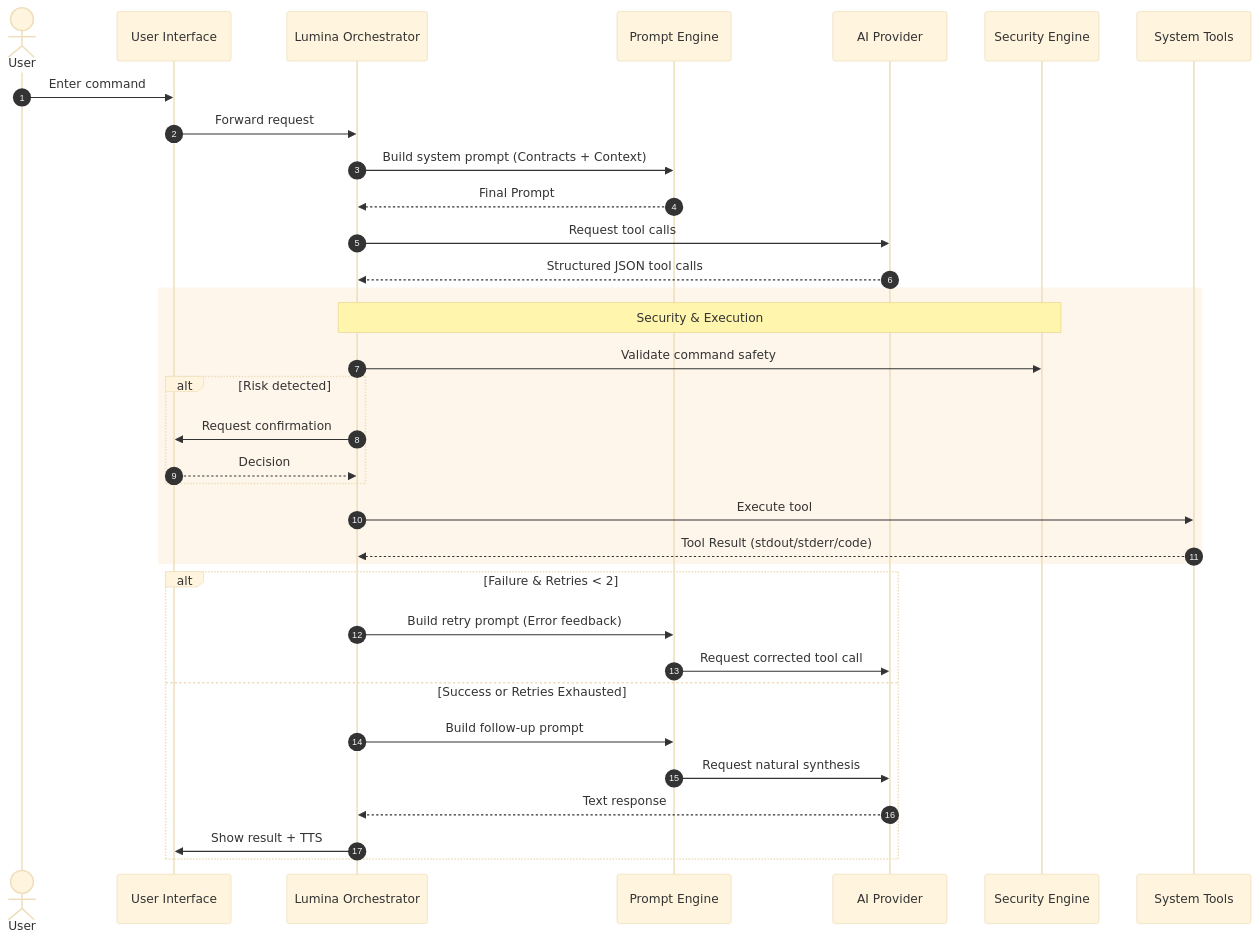
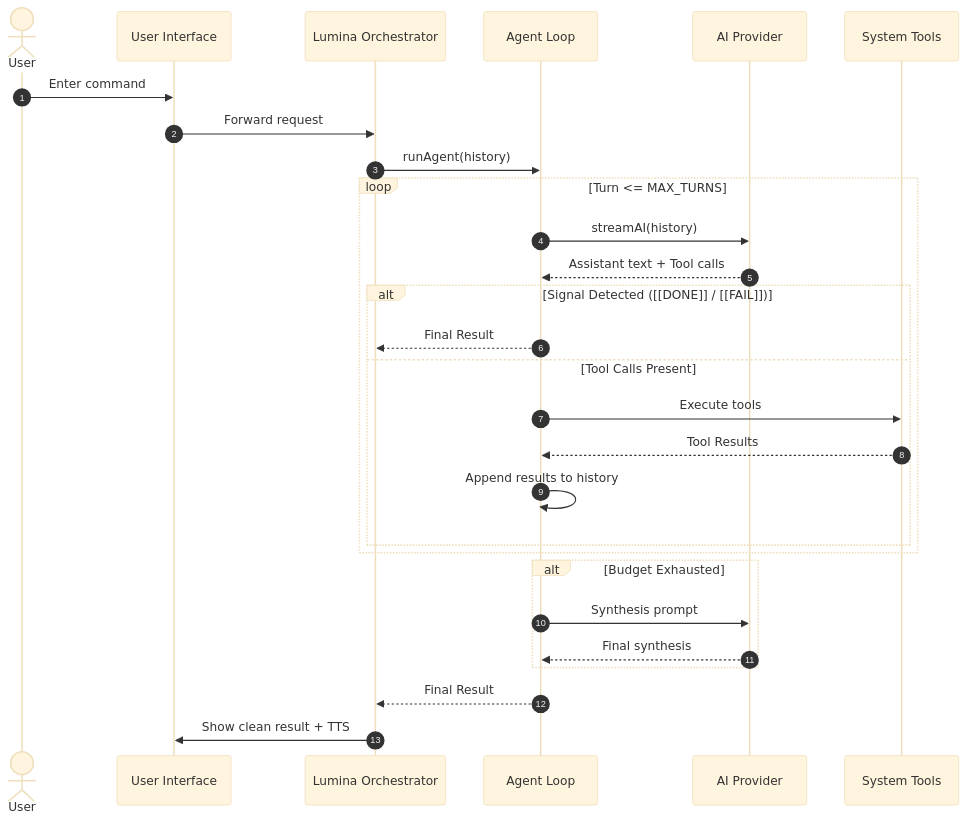
The second of 2 diagrams in docs/05-architecture.md (Rafacuy/desklumina), drawn with Mermaid (base theme) before and after one commit. The commit also changed other lines of this file and 47 other files, not shown here.

First line of the commit message:
feat: add bounded ReAct agent loop and math tool

````diff
--- a/docs/05-architecture.md
+++ b/docs/05-architecture.md
@@ -123,39 +143,35 @@
 ```mermaid
 sequenceDiagram
     autonumber
     actor User
     participant UI as User Interface
     participant Core as Lumina Orchestrator
-    participant Prompt as Prompt Engine
+    participant Agent as Agent Loop
     participant AI as AI Provider
-    participant Sec as Security Engine
     participant OS as System Tools
 
     User->>UI: Enter command
     UI->>Core: Forward request
-    Core->>Prompt: Build system prompt (Contracts + Context)
-    Prompt-->>Core: Final Prompt
-    Core->>AI: Request tool calls
-    AI-->>Core: Structured JSON tool calls
+    Core->>Agent: runAgent(history)
     
-    rect rgba(255, 140, 0, 0.08)
-        Note over Core,Sec: Security & Execution
-        Core->>Sec: Validate command safety
-        alt Risk detected
-            Core->>UI: Request confirmation
-            UI-->>Core: Decision
+    loop Turn <= MAX_TURNS
+        Agent->>AI: streamAI(history)
+        AI-->>Agent: Assistant text + Tool calls
+        
+        alt Signal Detected ([[DONE]] / [[FAIL]])
+            Agent-->>Core: Final Result
+        else Tool Calls Present
+            Agent->>OS: Execute tools
+            OS-->>Agent: Tool Results
+            Agent->>Agent: Append results to history
         end
-        Core->>OS: Execute tool
-        OS-->>Core: Tool Result (stdout/stderr/code)
     end
 
-    alt Failure & Retries < 2
-        Core->>Prompt: Build retry prompt (Error feedback)
-        Prompt->>AI: Request corrected tool call
-    else Success or Retries Exhausted
-        Core->>Prompt: Build follow-up prompt
-        Prompt->>AI: Request natural synthesis
-        AI-->>Core: Text response
-        Core->>UI: Show result + TTS
+    alt Budget Exhausted
+        Agent->>AI: Synthesis prompt
+        AI-->>Agent: Final synthesis
     end
+
+    Agent-->>Core: Final Result
+    Core->>UI: Show clean result + TTS
 ```
````
